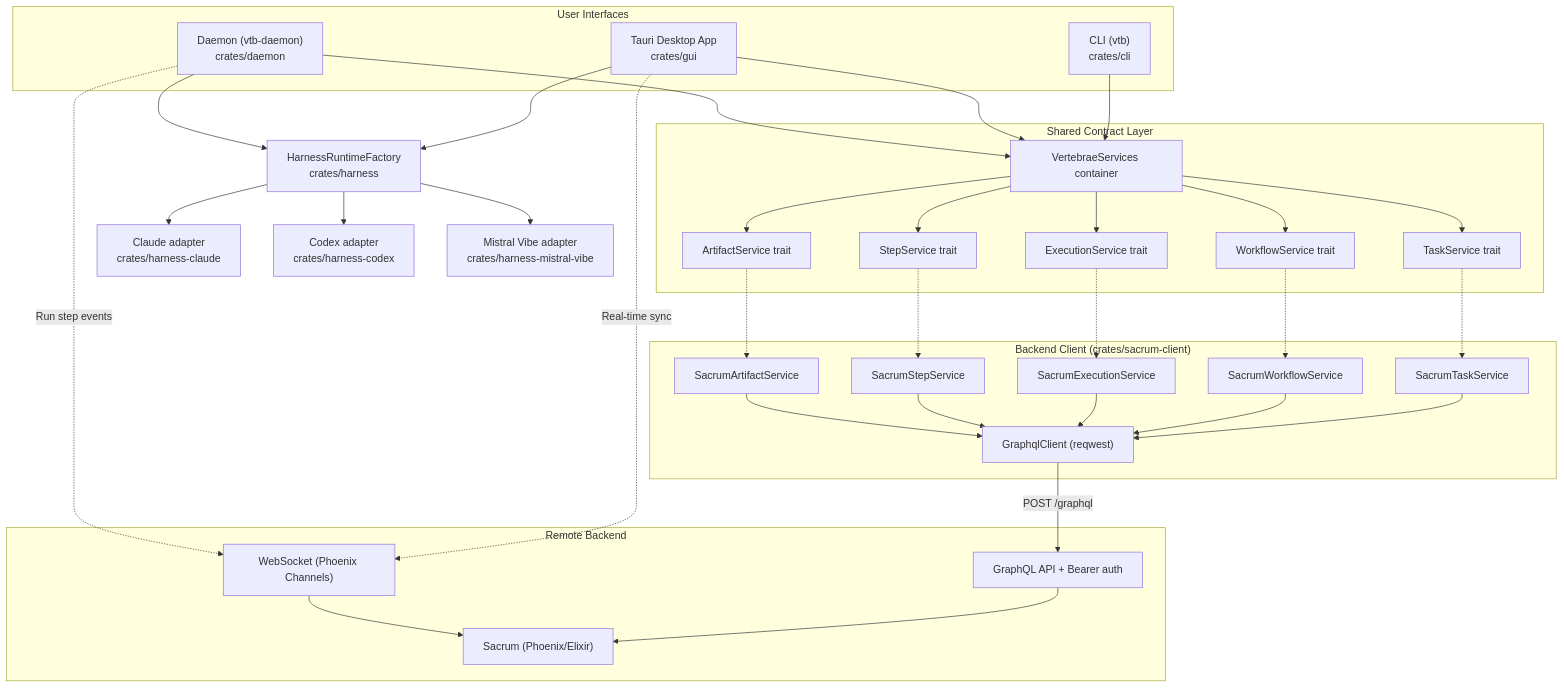
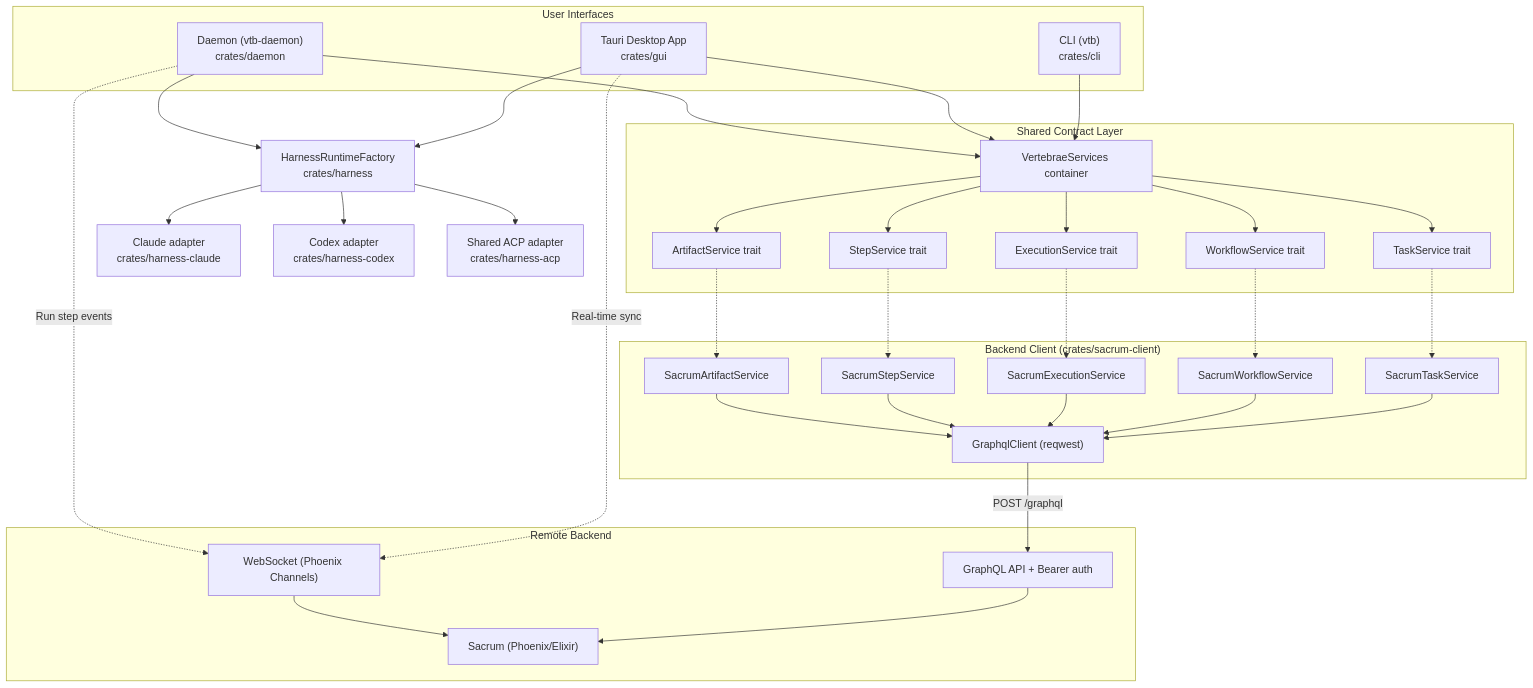
The diagram in docs/architecture.md (CamonZ/vertebrae), drawn with Mermaid before and after one commit. The commit also changed other lines of this file and 65 other files, not shown here.

````diff
--- a/docs/architecture.md
+++ b/docs/architecture.md
@@ -23,58 +23,58 @@
 ```mermaid
 flowchart TB
     subgraph "User Interfaces"
         CLI["CLI (vtb)<br/>crates/cli"]
         GUI["Tauri Desktop App<br/>crates/gui"]
         Daemon["Daemon (vtb-daemon)<br/>crates/daemon"]
     end
 
     subgraph "Shared Contract Layer"
         TS["TaskService trait"]
         WS["WorkflowService trait"]
         ES["ExecutionService trait"]
         SS["StepService trait"]
         AS["ArtifactService trait"]
         VSvc["VertebraeServices container"]
     end
 
     Factory["HarnessRuntimeFactory<br/>crates/harness"]
     Claude["Claude adapter<br/>crates/harness-claude"]
     Codex["Codex adapter<br/>crates/harness-codex"]
-    Mistral["Mistral Vibe adapter<br/>crates/harness-mistral-vibe"]
+    ACP["Shared ACP adapter<br/>crates/harness-acp"]
 
     subgraph "Backend Client (crates/sacrum-client)"
         SC["GraphqlClient (reqwest)"]
         STS["SacrumTaskService"]
         SWS["SacrumWorkflowService"]
         SES["SacrumExecutionService"]
         SSS["SacrumStepService"]
         SAS["SacrumArtifactService"]
     end
 
     subgraph "Remote Backend"
         Sacrum["Sacrum (Phoenix/Elixir)"]
         GQL["GraphQL API + Bearer auth"]
         WS2["WebSocket (Phoenix Channels)"]
     end
 
     CLI --> VSvc
     GUI --> VSvc
     Daemon --> VSvc
     GUI --> Factory
     Daemon --> Factory
-    Factory --> Claude & Codex & Mistral
+    Factory --> Claude & Codex & ACP
 
     VSvc --> TS & WS & ES & SS & AS
     TS -.-> STS
     WS -.-> SWS
     ES -.-> SES
     SS -.-> SSS
     AS -.-> SAS
 
     STS & SWS & SES & SSS & SAS --> SC
     SC -->|POST /graphql| GQL --> Sacrum
 
     GUI -.->|Real-time sync| WS2
     Daemon -.->|Run step events| WS2
     WS2 --> Sacrum
 ```
````
